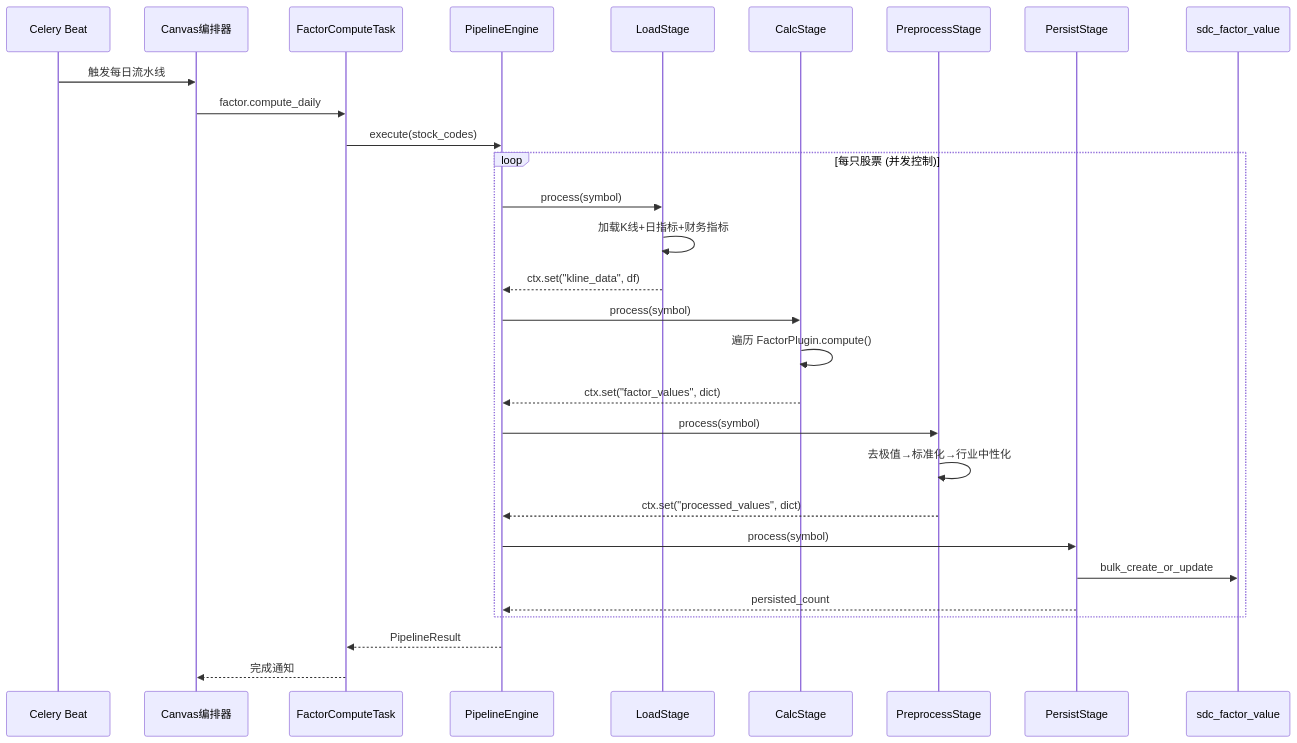
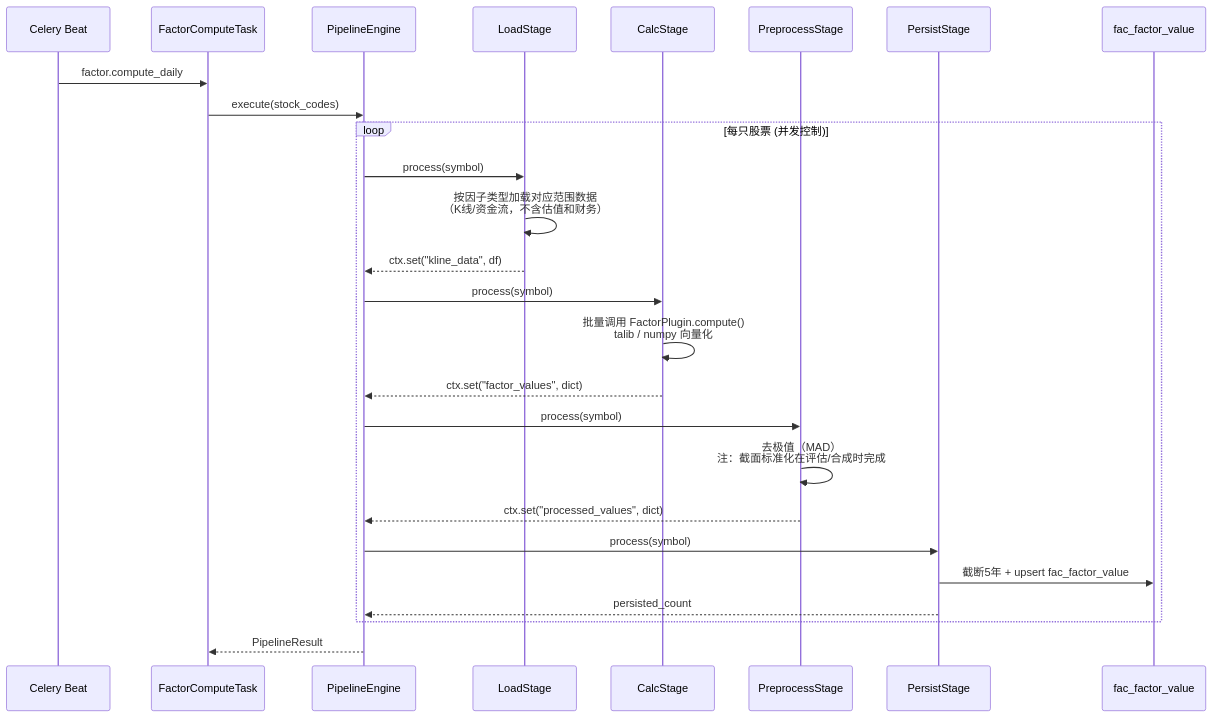
The fifth of 31 diagrams in docs/factor-architecture.md (bitiany/xq-trader), drawn with Mermaid before and after one commit. The commit also changed other lines of this file and 35 other files, not shown here.

````diff
--- a/docs/factor-architecture.md
+++ b/docs/factor-architecture.md
@@ -164,37 +252,34 @@
 ```mermaid
 sequenceDiagram
     participant Beat as Celery Beat
-    participant Canvas as Canvas编排器
     participant Task as FactorComputeTask
     participant Engine as PipelineEngine
     participant Load as LoadStage
     participant Calc as CalcStage
     participant Preproc as PreprocessStage
     participant Persist as PersistStage
-    participant DB as sdc_factor_value
+    participant DB as fac_factor_value
 
-    Beat->>Canvas: 触发每日流水线
-    Canvas->>Task: factor.compute_daily
+    Beat->>Task: factor.compute_daily
     Task->>Engine: execute(stock_codes)
 
     loop 每只股票 (并发控制)
         Engine->>Load: process(symbol)
-        Load->>Load: 加载K线+日指标+财务指标
+        Load->>Load: 按因子类型加载对应范围数据<br/>（K线/资金流，不含估值和财务）
         Load-->>Engine: ctx.set("kline_data", df)
 
         Engine->>Calc: process(symbol)
-        Calc->>Calc: 遍历 FactorPlugin.compute()
+        Calc->>Calc: 批量调用 FactorPlugin.compute()<br/>talib / numpy 向量化
         Calc-->>Engine: ctx.set("factor_values", dict)
 
         Engine->>Preproc: process(symbol)
-        Preproc->>Preproc: 去极值→标准化→行业中性化
+        Preproc->>Preproc: 去极值（MAD）<br/>注：截面标准化在评估/合成时完成
         Preproc-->>Engine: ctx.set("processed_values", dict)
 
         Engine->>Persist: process(symbol)
-        Persist->>DB: bulk_create_or_update
+        Persist->>DB: 截断5年 + upsert fac_factor_value
         Persist-->>Engine: persisted_count
     end
 
     Engine-->>Task: PipelineResult
-    Task-->>Canvas: 完成通知
 ```
````
